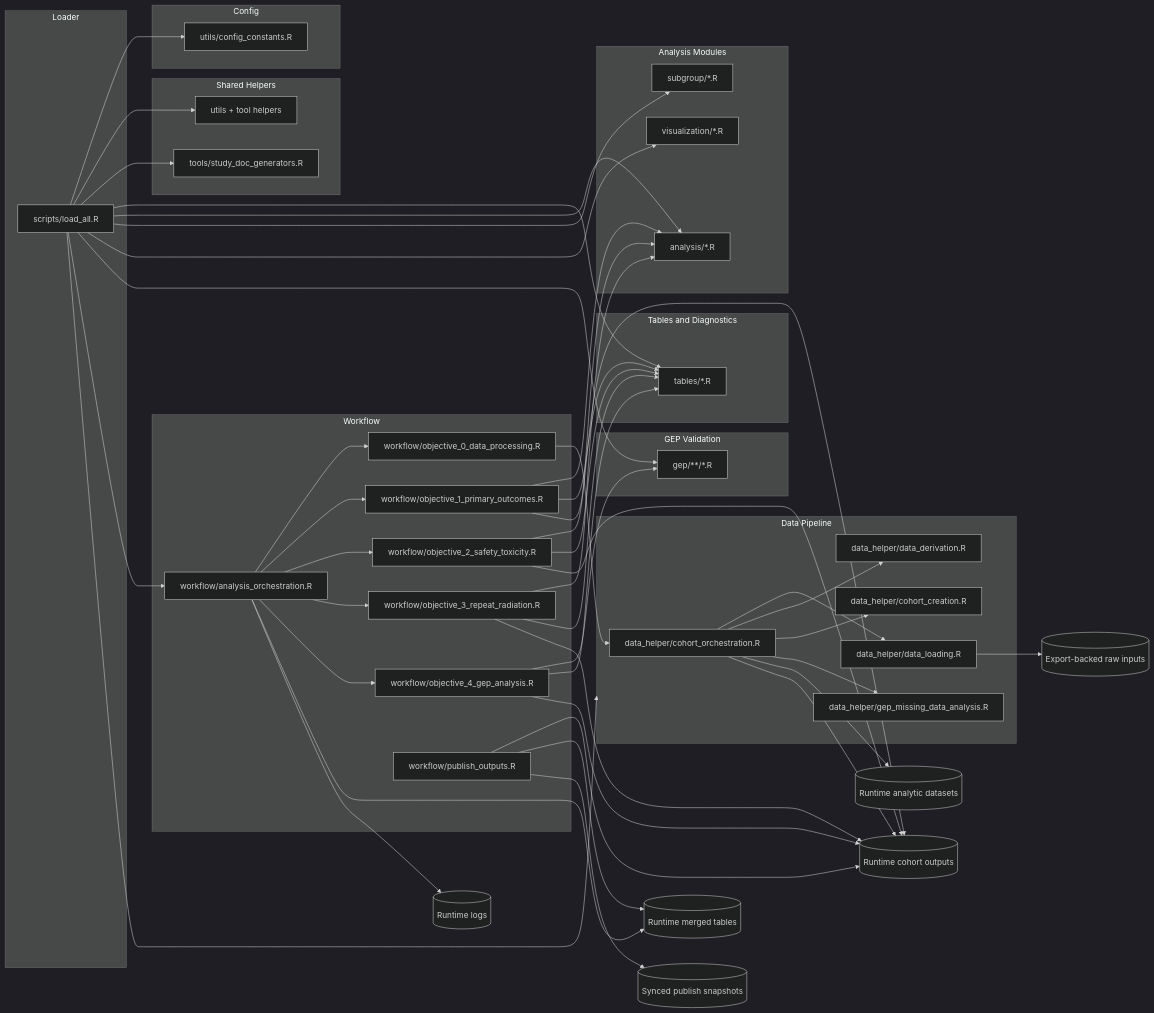
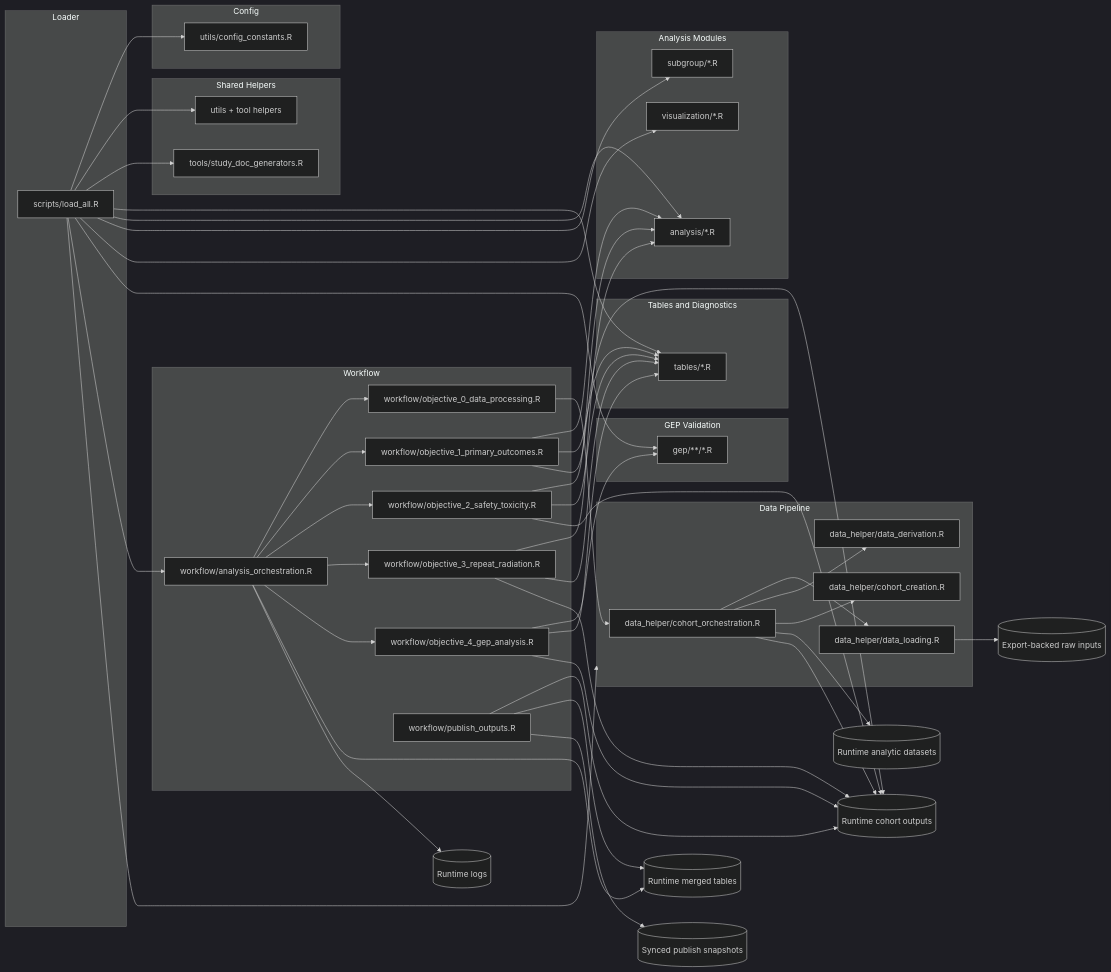
The diagram in docs/dependency_diagram.md (nicholas-camarda/uveal-melanoma), drawn with Mermaid (dark theme) before and after one commit. The commit also changed 10 other files, not shown here.

```diff
--- a/docs/dependency_diagram.md
+++ b/docs/dependency_diagram.md
@@ -22,7 +22,6 @@
         DDER[data_helper/data_derivation.R]
         DCOH[data_helper/cohort_creation.R]
         DORCH[data_helper/cohort_orchestration.R]
-        DGEP[data_helper/gep_missing_data_analysis.R]
     end
 
     subgraph TBL[Tables and Diagnostics]
@@ -72,7 +71,6 @@
     DORCH --> DLOAD
     DORCH --> DDER
     DORCH --> DCOH
-    DORCH --> DGEP
     DORCH --> PDATA
     DORCH --> OUT
 
```
